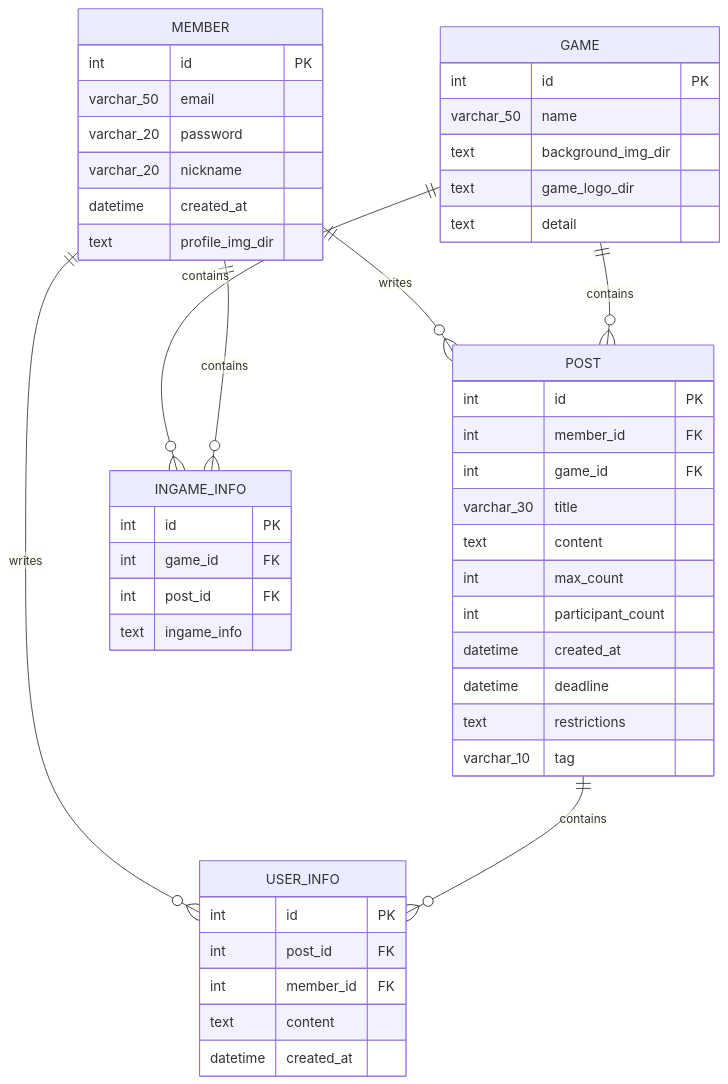
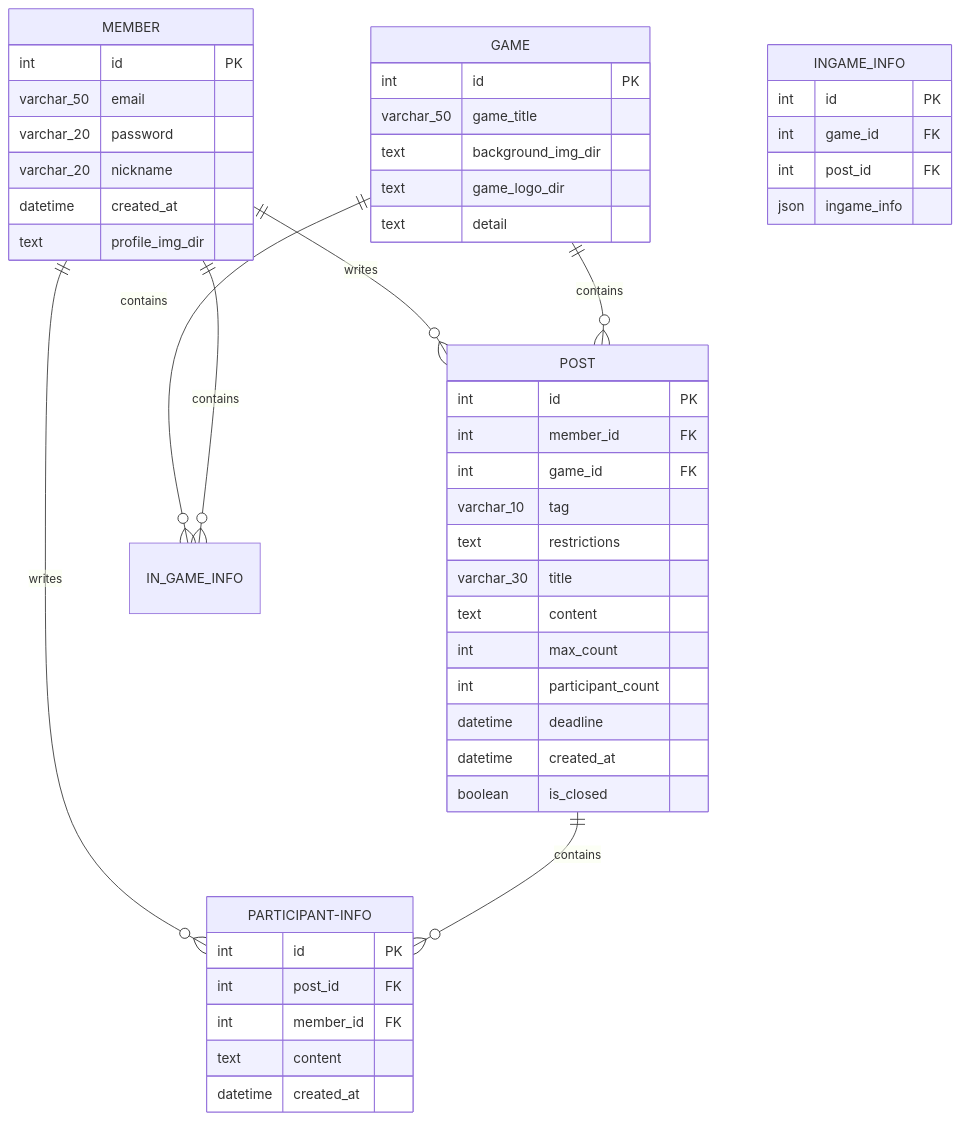
The diagram in docs/02_design/02_erd.md (ByungChanP/4I-s---Propject), drawn with Mermaid before and after one commit. The commit also changed other lines of this file, not shown here.

Commit message:
erd 수정

````diff
--- a/docs/02_design/02_erd.md
+++ b/docs/02_design/02_erd.md
@@ -13,58 +13,58 @@
 ```mermaid
 erDiagram
     MEMBER ||--o{ POST : writes
-    MEMBER ||--o{ USER_INFO : writes
-    POST ||--o{ USER_INFO : contains
+    MEMBER ||--o{ PARTICIPANT-INFO : writes
+    POST ||--o{ PARTICIPANT-INFO : contains
     GAME ||--o{ POST : contains
-    GAME ||--o{ INGAME_INFO : contains
-    MEMBER ||--o{ INGAME_INFO : contains
-
-
+    GAME ||--o{ IN_GAME_INFO : contains
+    MEMBER ||--o{ IN_GAME_INFO : contains
 
     MEMBER {
         int id PK
         varchar_50 email
         varchar_20 password
         varchar_20 nickname
         datetime created_at
         text profile_img_dir
     }
 
     POST {
         int id PK
         int member_id FK
         int game_id FK
+        varchar_10 tag
+        text restrictions
         varchar_30 title
         text content
         int max_count
         int participant_count
+        datetime deadline
         datetime created_at
-        datetime deadline
-        text restrictions
-        varchar_10 tag
+        boolean is_closed
+        
     }
 
-    USER_INFO {
+    PARTICIPANT-INFO {
         int id PK
         int post_id FK
         int member_id FK
         text content
         datetime created_at
     }
 
     GAME {
         int id PK
-        varchar_50 name
+        varchar_50 game_title
         text background_img_dir
         text game_logo_dir
         text detail  
     }
 
     INGAME_INFO{
         int id PK
         int game_id FK
         int post_id FK
-        text ingame_info
+        json ingame_info
     }
 
 ```
````
